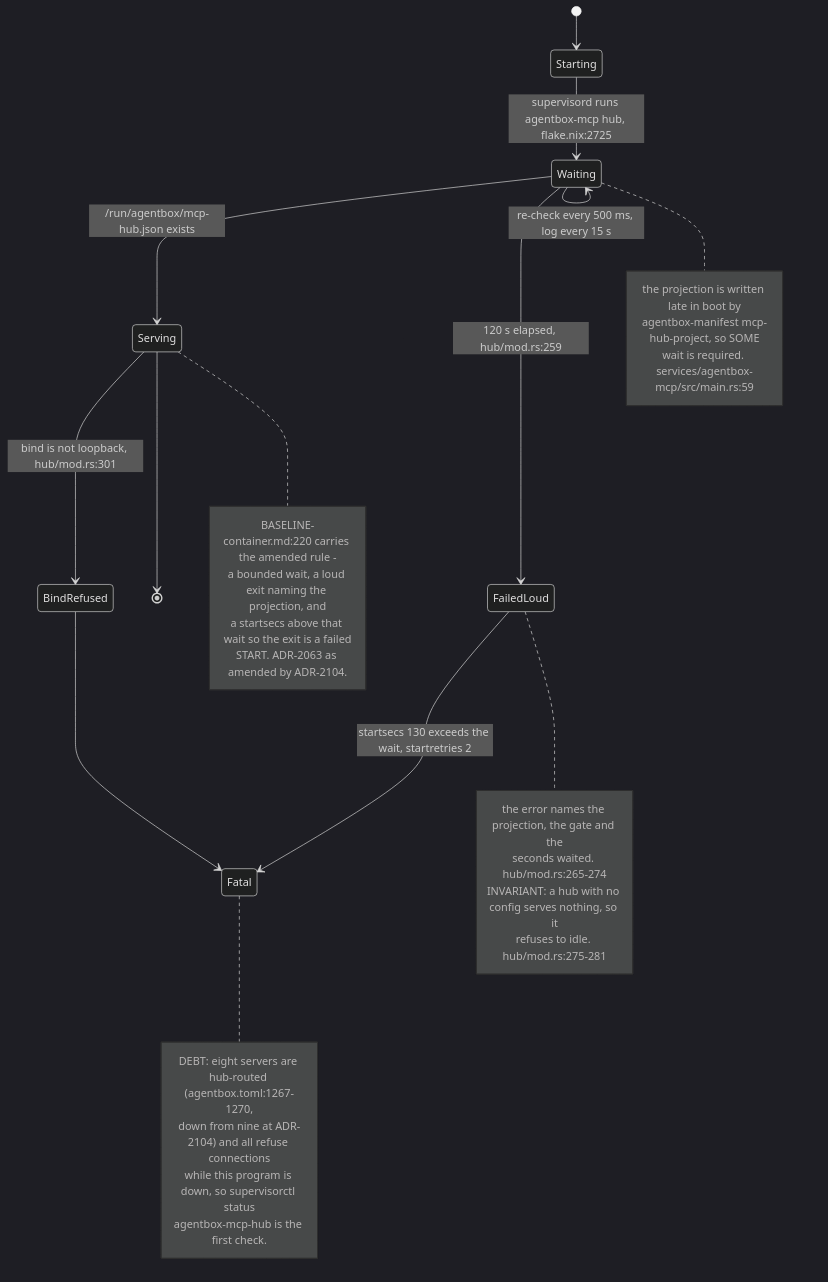
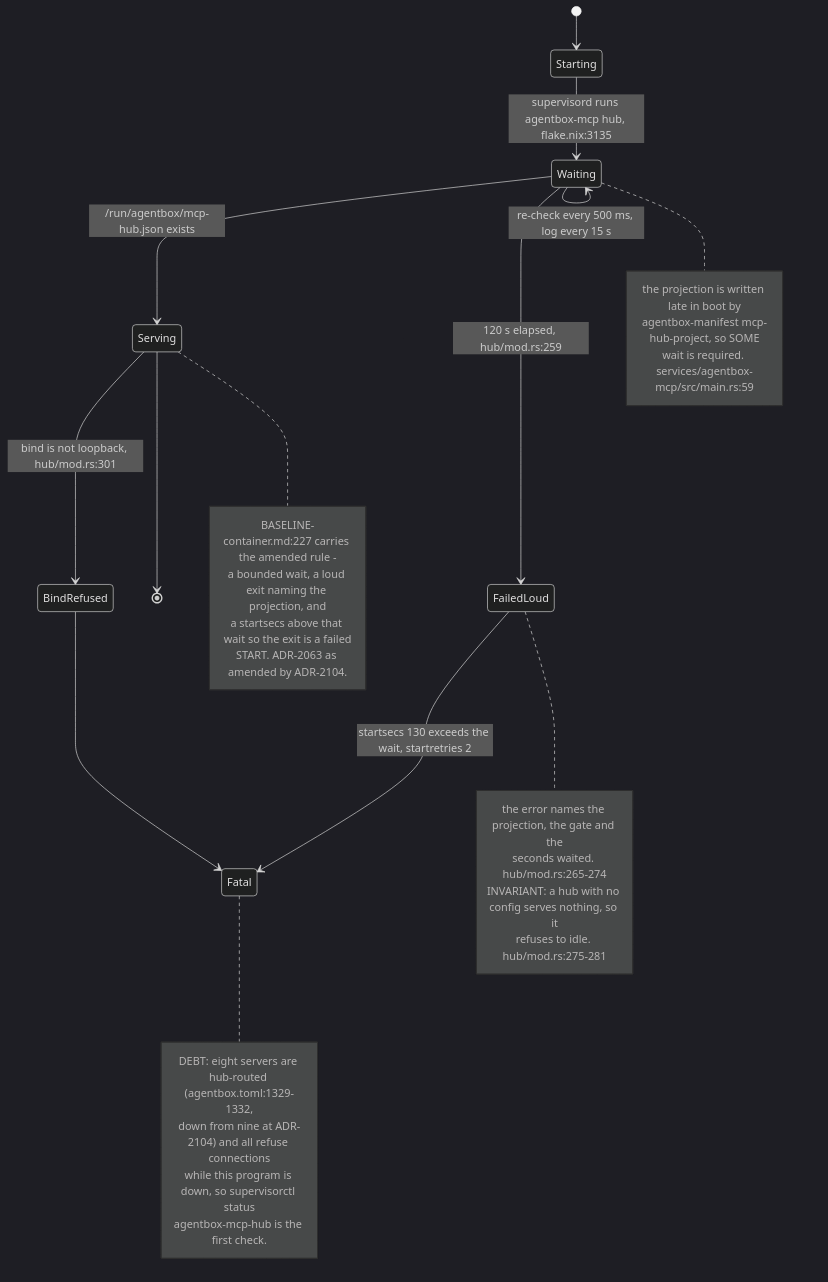
One commit to DreamLab-AI/VisionFlow changed the seventh of 7 diagrams in docs/diagrams/agentbox/09-mcp-servers-catalogue.md. Above: the diagram before and after it, drawn with Mermaid (dark theme). The commit also changed other lines of this file and 111 other files, not shown here.

Commit message:
docs(diagrams): align estate maps with current source

````diff
--- a/docs/diagrams/agentbox/09-mcp-servers-catalogue.md
+++ b/docs/diagrams/agentbox/09-mcp-servers-catalogue.md
@@ -222,35 +222,35 @@
 ```mermaid
 stateDiagram-v2
     [*] --> Starting
-    Starting --> Waiting : supervisord runs agentbox-mcp hub, flake.nix:2725
+    Starting --> Waiting : supervisord runs agentbox-mcp hub, flake.nix:3135
     Waiting --> Serving : /run/agentbox/mcp-hub.json exists
     Waiting --> Waiting : re-check every 500 ms, log every 15 s
     Waiting --> FailedLoud : 120 s elapsed, hub/mod.rs:259
     Serving --> BindRefused : bind is not loopback, hub/mod.rs:301
     FailedLoud --> Fatal : startsecs 130 exceeds the wait, startretries 2
     BindRefused --> Fatal
     Serving --> [*]
     note right of Waiting
         the projection is written late in boot by
         agentbox-manifest mcp-hub-project, so SOME
         wait is required. services/agentbox-mcp/src/main.rs:59
     end note
     note right of FailedLoud
         the error names the projection, the gate and the
         seconds waited. hub/mod.rs:265-274
         INVARIANT: a hub with no config serves nothing, so it
         refuses to idle. hub/mod.rs:275-281
     end note
     note right of Serving
-        BASELINE-container.md:220 carries the amended rule -
+        BASELINE-container.md:227 carries the amended rule -
         a bounded wait, a loud exit naming the projection, and
         a startsecs above that wait so the exit is a failed
         START. ADR-2063 as amended by ADR-2104.
     end note
     note right of Fatal
-        DEBT: eight servers are hub-routed (agentbox.toml:1267-1270,
+        DEBT: eight servers are hub-routed (agentbox.toml:1329-1332,
         down from nine at ADR-2104) and all refuse connections
         while this program is down, so supervisorctl status
         agentbox-mcp-hub is the first check.
     end note
 ```
````
